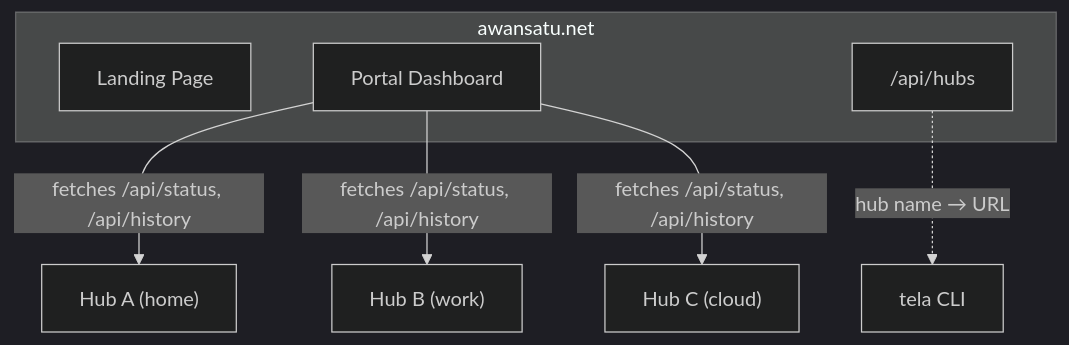
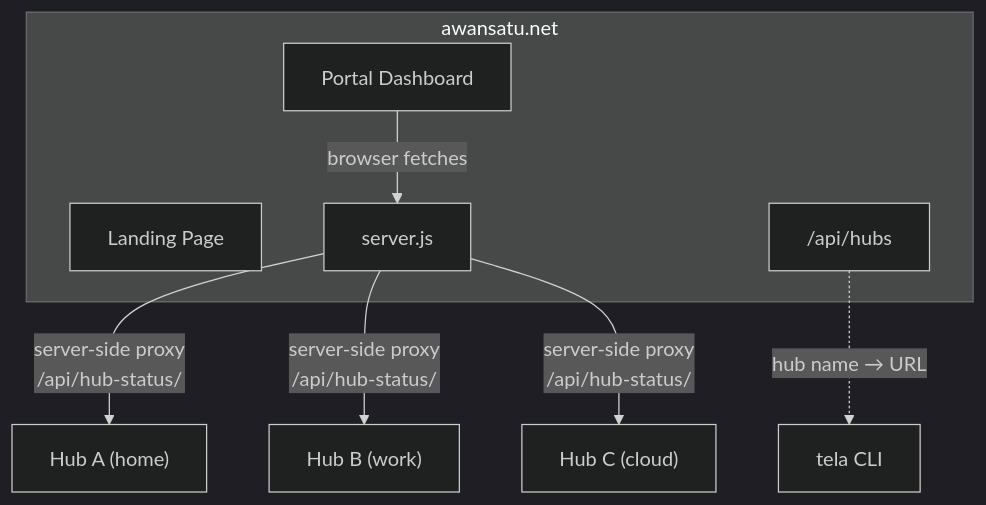
Before and after one commit to paulmooreparks/awansaya: the diagram in README.md, drawn with Mermaid (dark theme). The commit also changed other lines of this file and 8 other files, not shown here.

First line of the commit message:
docs: fix server-side proxy model, add viewerToken across all docs

````diff
--- a/README.md
+++ b/README.md
@@ -15,17 +15,19 @@
 ```mermaid
 flowchart TB
   subgraph "awansatu.net"
     LP[Landing Page]
     PD[Portal Dashboard]
+    SRV[server.js]
     API["/api/hubs"]
   end
 
-  PD -->|"fetches /api/status, /api/history"| HA
-  PD -->|"fetches /api/status, /api/history"| HB
-  PD -->|"fetches /api/status, /api/history"| HC
+  PD -->|browser fetches| SRV
+  SRV -->|"server-side proxy\n/api/hub-status/<name>"| HA
+  SRV -->|"server-side proxy\n/api/hub-status/<name>"| HB
+  SRV -->|"server-side proxy\n/api/hub-status/<name>"| HC
   API -.->|"hub name → URL"| CLI["tela CLI"]
 
   HA["Hub A (home)"]
   HB["Hub B (work)"]
   HC["Hub C (cloud)"]
 ```
````
